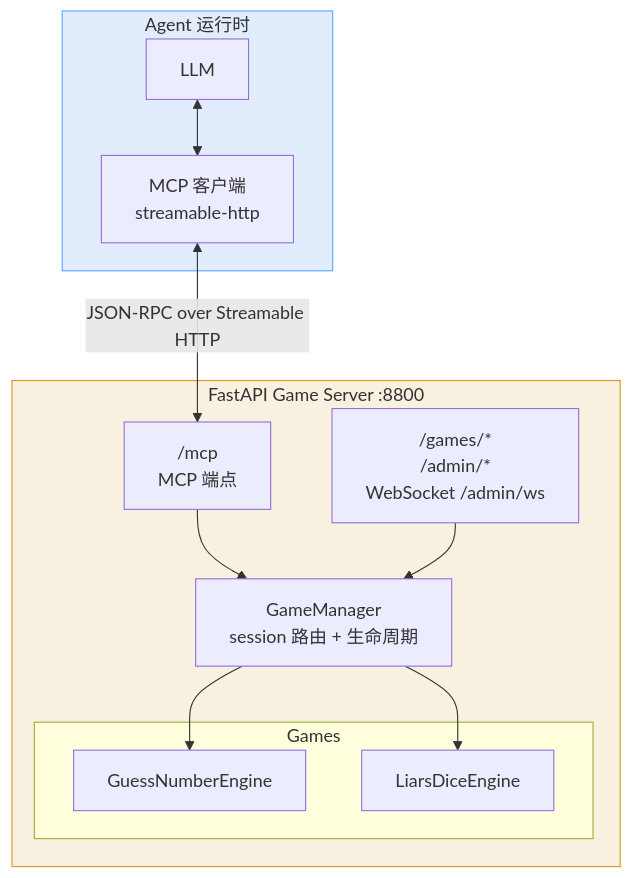
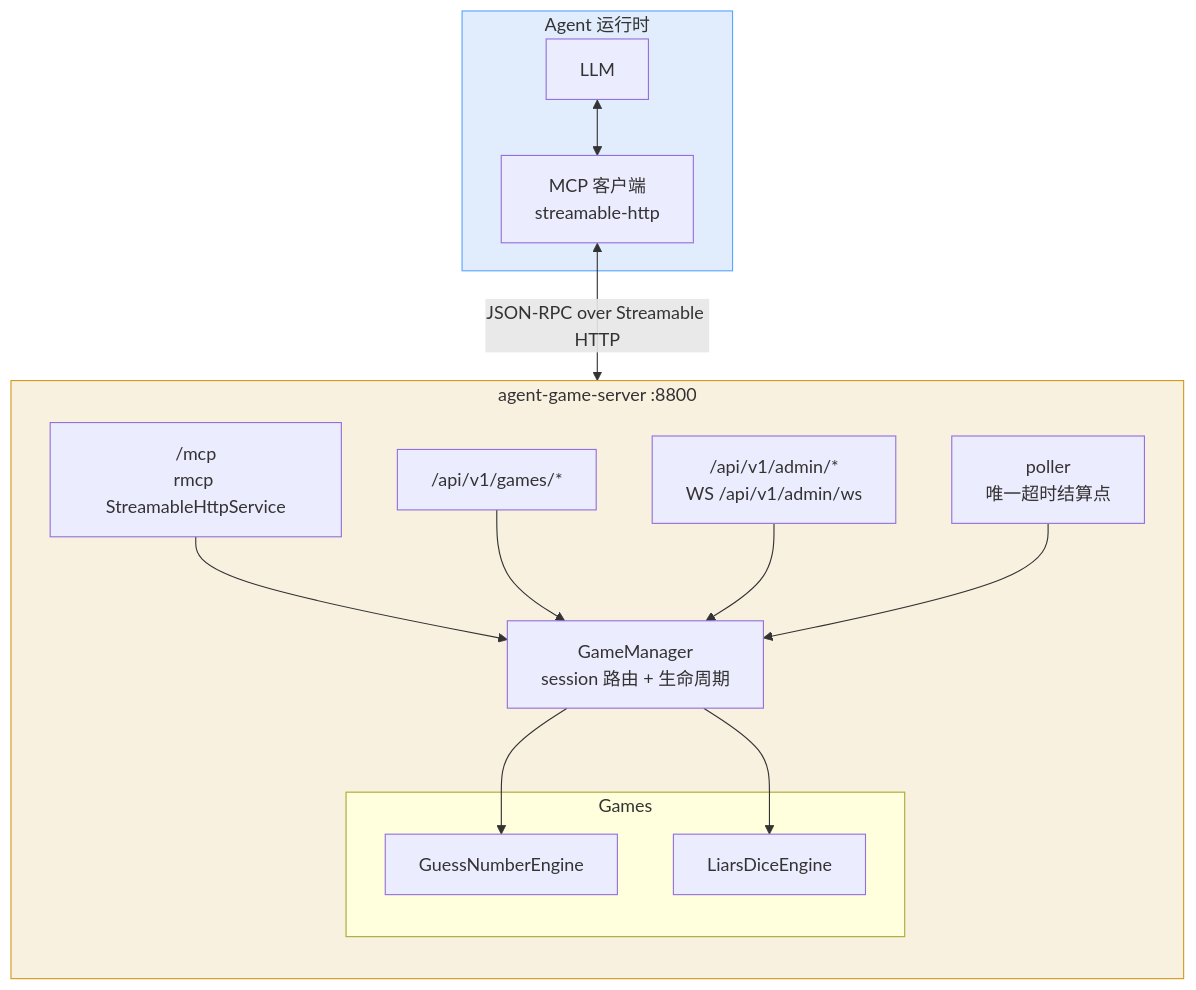
The diagram in README.md (Hypnoes/agent-game), drawn with Mermaid before and after one commit. The commit also changed other lines of this file and 3695 other files, not shown here.

````diff
--- a/README.md
+++ b/README.md
@@ -7,27 +7,32 @@
 ```mermaid
 flowchart TB
     subgraph Agent["Agent 运行时"]
         LLM[LLM]
-        MC["MCP 客户端\nstreamable-http"]
+        MC["MCP 客户端<br/>streamable-http"]
     end
 
-    subgraph Server["FastAPI Game Server :8800"]
-        MCP["/mcp\nMCP 端点"]
-        GM[GameManager\nsession 路由 + 生命周期]
+    subgraph Server["agent-game-server :8800"]
+        direction TB
+        MCP["/mcp<br/>rmcp StreamableHttpService"]
+        REST["/api/v1/games/*"]
+        Admin["/api/v1/admin/*<br/>WS /api/v1/admin/ws"]
+        GM["GameManager<br/>session 路由 + 生命周期"]
         subgraph Games["Games"]
             GN[GuessNumberEngine]
             LD[LiarsDiceEngine]
         end
-        API["/games/*\n/admin/*\nWebSocket /admin/ws"]
+        Poller["poller<br/>唯一超时结算点"]
     end
 
     LLM <--> MC
     MC <-->|"JSON-RPC over Streamable HTTP"| MCP
     MCP --> GM
-    API --> GM
+    REST --> GM
+    Admin --> GM
     GM --> GN
     GM --> LD
+    Poller --> GM
 
     style Agent fill:#1f6feb22,stroke:#58a6ff
     style Server fill:#d2991d22,stroke:#d2991d
 ```
````
